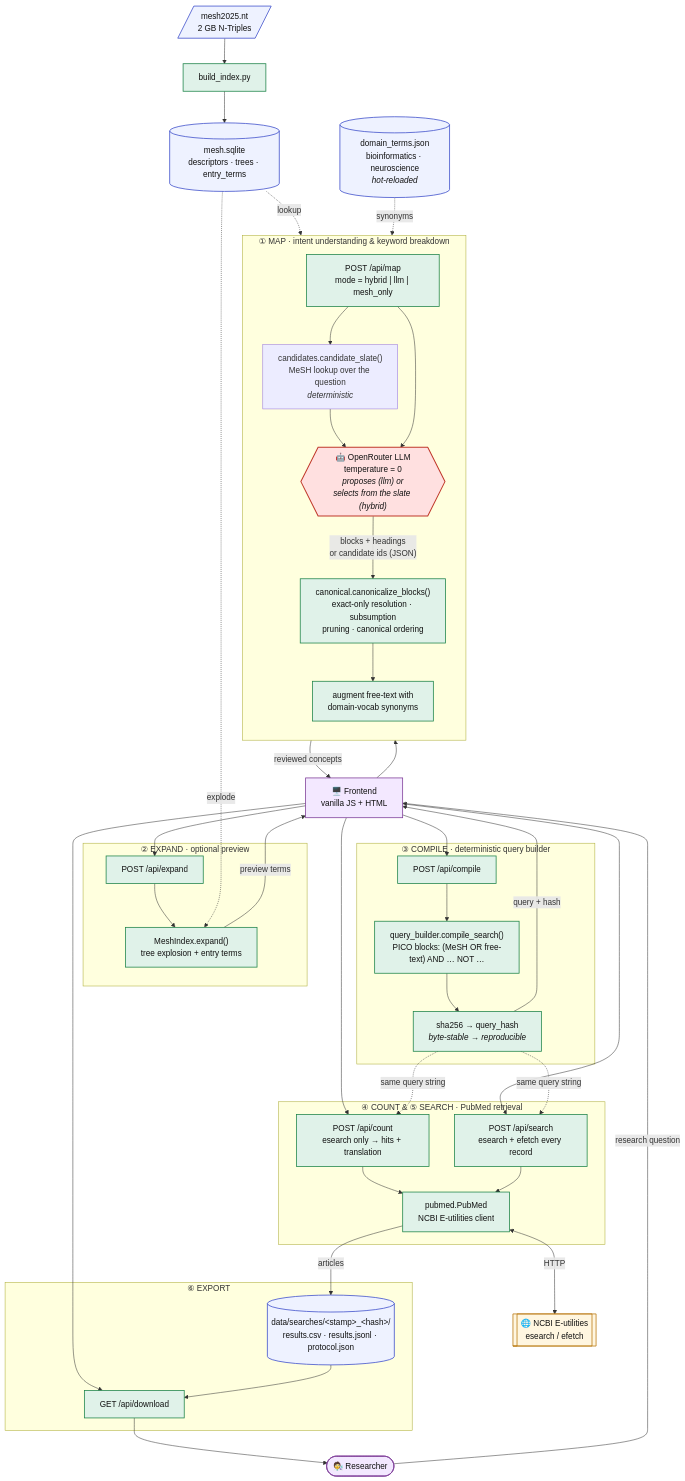
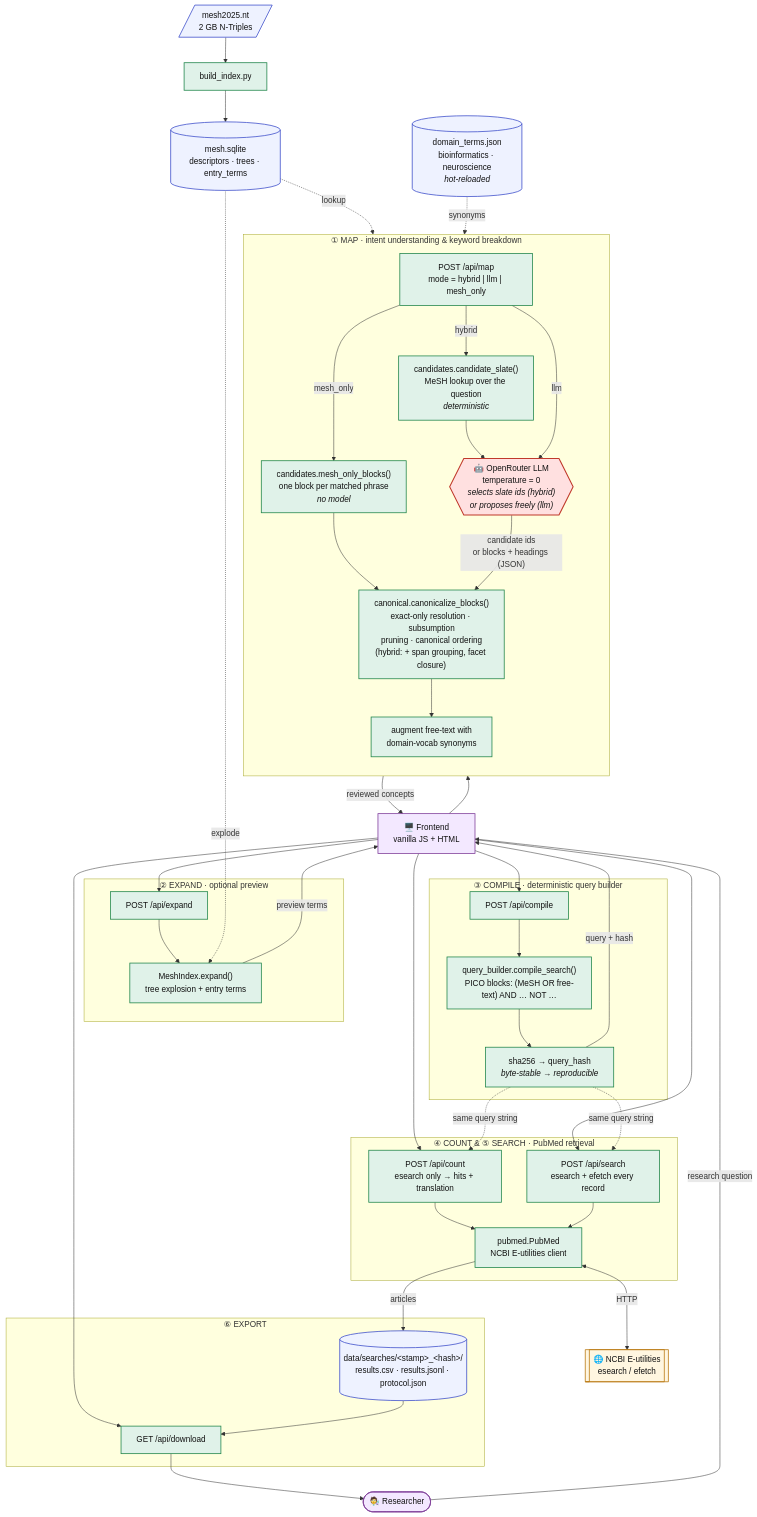
Before and after one commit to RashiTinkX/search-strategy-generator: the first of 15 diagrams in docs/architecture.md, drawn with Mermaid. The commit also changed other lines of this file and 1 other file, not shown here.

```diff
--- a/docs/architecture.md
+++ b/docs/architecture.md
@@ -24,12 +28,14 @@
         direction TB
         MAP["POST /api/map<br/>mode = hybrid | llm | mesh_only"]
         SLATE["candidates.candidate_slate()<br/>MeSH lookup over the question<br/><i>deterministic</i>"]
-        LLM{{"🤖 OpenRouter LLM<br/>temperature = 0<br/><i>proposes (llm) or<br/>selects from the slate (hybrid)</i>"}}
-        RES["canonical.canonicalize_blocks()<br/>exact-only resolution · subsumption<br/>pruning · canonical ordering"]
+        SPANS["candidates.mesh_only_blocks()<br/>one block per matched phrase<br/><i>no model</i>"]
+        LLM{{"🤖 OpenRouter LLM<br/>temperature = 0<br/><i>selects slate ids (hybrid)<br/>or proposes freely (llm)</i>"}}
+        RES["canonical.canonicalize_blocks()<br/>exact-only resolution · subsumption<br/>pruning · canonical ordering<br/>(hybrid: + span grouping, facet closure)"]
         AUG["augment free-text with<br/>domain-vocab synonyms"]
-        MAP --> SLATE --> LLM
-        MAP --> LLM
-        LLM -->|"blocks + headings<br/>or candidate ids (JSON)"| RES --> AUG
+        MAP -->|hybrid| SLATE --> LLM
+        MAP -->|llm| LLM
+        MAP -->|mesh_only| SPANS --> RES
+        LLM -->|"candidate ids<br/>or blocks + headings (JSON)"| RES --> AUG
     end
 
     %% ---------------- Step 2: EXPAND (preview) ----------------
@@ -100,7 +106,7 @@
     classDef ui fill:#f3e8ff,stroke:#7d3c98,stroke-width:1.5px,color:#111;
 
     class LLM nondet;
-    class RES,AUG,EXPL,QB,HASH,PM,COMP,MAP,EXP,CNT,SR,DL,BUILD det;
+    class SLATE,SPANS,RES,AUG,EXPL,QB,HASH,PM,COMP,MAP,EXP,CNT,SR,DL,BUILD det;
     class IDX,VOCAB,SAVE,NT store;
     class NCBI ext;
     class U,FE ui;
```
